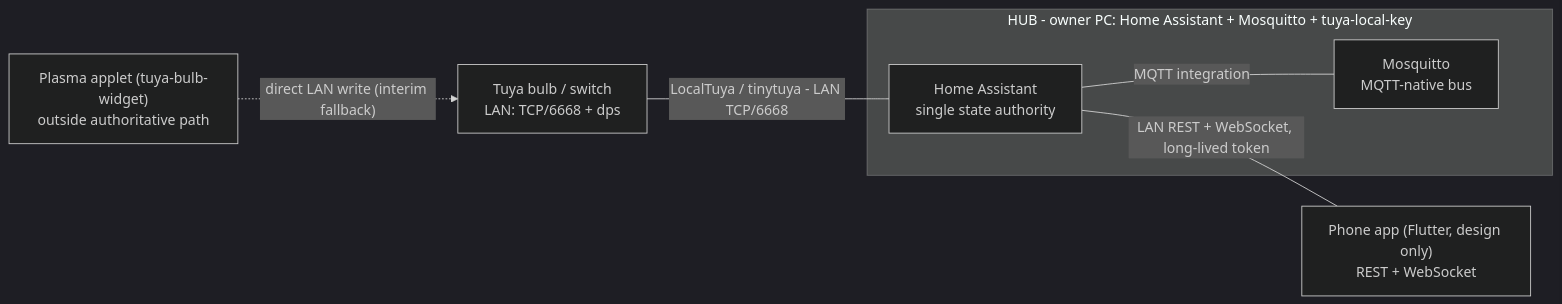
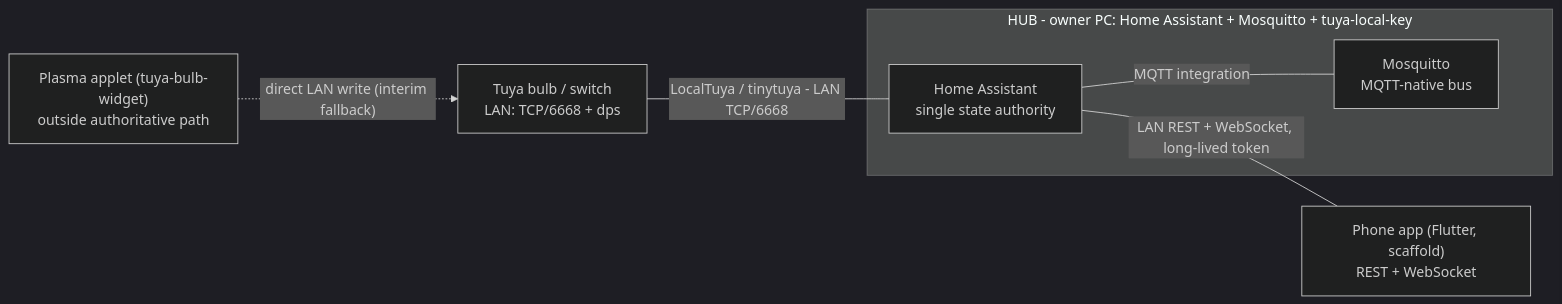
Before and after one commit to DaveR-ui/daver-home-system: the diagram in docs/context/project-overview.md, drawn with Mermaid (dark theme). The commit also changed other lines of this file and 87 other files, not shown here.

````diff
--- a/docs/context/project-overview.md
+++ b/docs/context/project-overview.md
@@ -24,14 +24,14 @@
 ```mermaid
 flowchart LR
   DEV["Tuya bulb / switch<br/>LAN: TCP/6668 + dps"]
   subgraph HUB["HUB - owner PC: Home Assistant + Mosquitto + tuya-local-key"]
     HA["Home Assistant<br/>single state authority"]
     MQ["Mosquitto<br/>MQTT-native bus"]
   end
-  APP["Phone app (Flutter, design only)<br/>REST + WebSocket"]
+  APP["Phone app (Flutter, scaffold)<br/>REST + WebSocket"]
   KDE["Plasma applet (tuya-bulb-widget)<br/>outside authoritative path"]
   DEV ---|"LocalTuya / tinytuya - LAN TCP/6668"| HA
   HA ---|"MQTT integration"| MQ
   HA ---|"LAN REST + WebSocket, long-lived token"| APP
   KDE -.->|"direct LAN write (interim fallback)"| DEV
 ```
````
